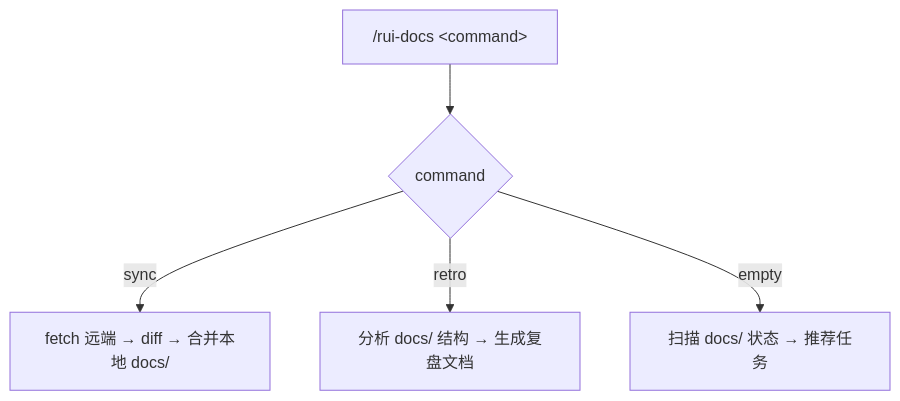
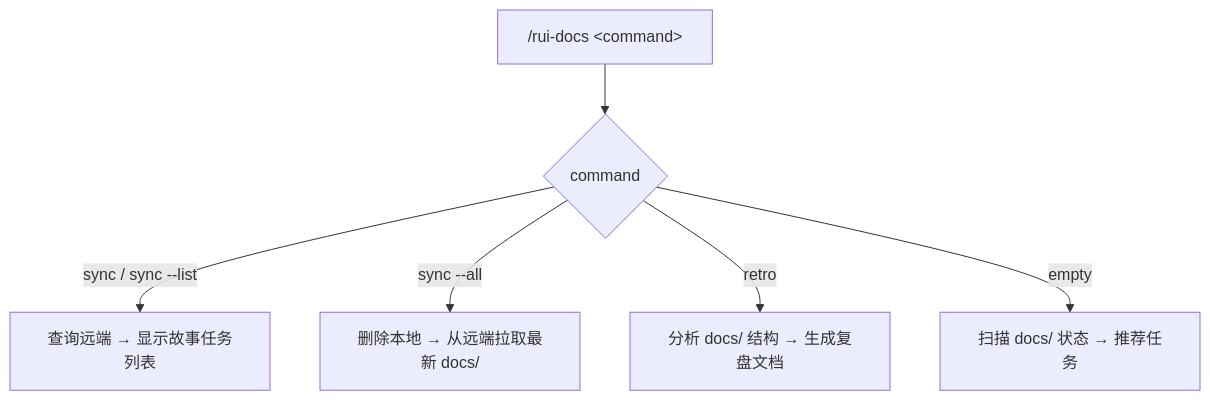
The first of 3 diagrams in .claude/skills/rui-docs/SKILL.md (effiy/YiWeb), drawn with Mermaid before and after one commit. The commit also changed other lines of this file and 37 other files, not shown here.

````diff
--- a/.claude/skills/rui-docs/SKILL.md
+++ b/.claude/skills/rui-docs/SKILL.md
@@ -10,7 +10,8 @@
 ```mermaid
 flowchart TD
     USER["/rui-docs &lt;command&gt;"] --> ROUTE{command}
-    ROUTE -->|sync| SYNC["fetch 远端 → diff → 合并本地 docs/"]
+    ROUTE -->|sync / sync --list| LIST["查询远端 → 显示故事任务列表"]
+    ROUTE -->|sync --all| SYNC["删除本地 → 从远端拉取最新 docs/"]
     ROUTE -->|retro| RETRO["分析 docs/ 结构 → 生成复盘文档"]
     ROUTE -->|empty| RECOMMEND["扫描 docs/ 状态 → 推荐任务"]
 ```
````
